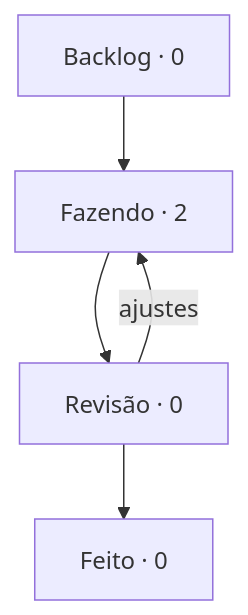
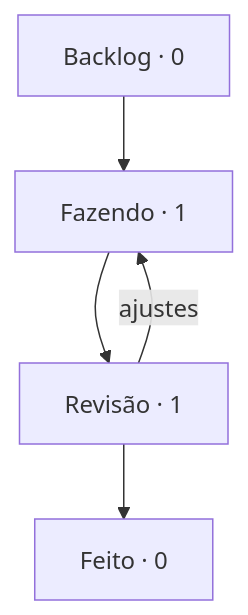
One commit to StudioVibi/VibiKanban changed the diagram in boards/harness/BOARD.md. Above: the diagram before and after it, drawn with Mermaid. The commit also changed other lines of this file and 1 other file, not shown here.

Commit message:
board: HN-1 Fazendo → Revisão (@isabellaherman)

````diff
--- a/boards/harness/BOARD.md
+++ b/boards/harness/BOARD.md
@@ -5,10 +5,10 @@
 ```mermaid
 flowchart TD
-  backlog["Backlog · 0"] --> doing["Fazendo · 2"]
-  doing --> review["Revisão · 0"]
+  backlog["Backlog · 0"] --> doing["Fazendo · 1"]
+  doing --> review["Revisão · 1"]
   review --> done["Feito · 0"]
   review -->|ajustes| doing
   doing:::blue
   review:::yellow
   done:::green
 ```
````
